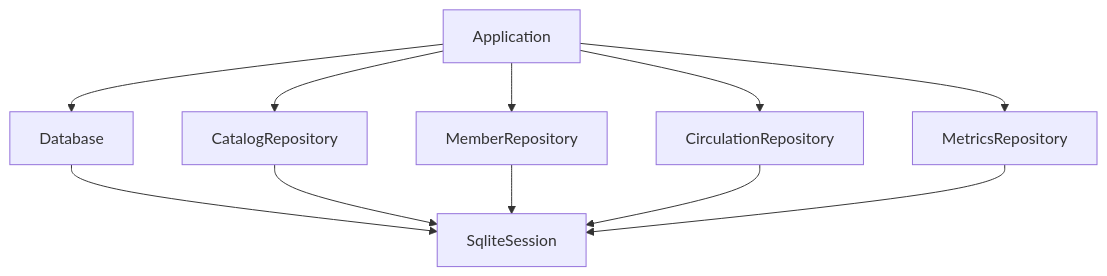
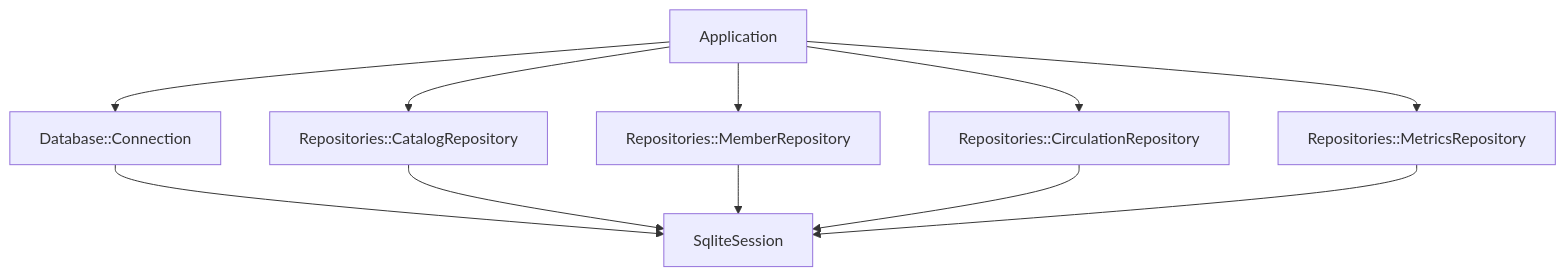
One commit to medaminben/VLMS changed the third of 27 diagrams in docs/architecture/beta-uml.md. Above: the diagram before and after it, drawn with Mermaid. The commit also changed other lines of this file, not shown here.

Commit message:
Refresh the Beta UML for the library split and schema 7.

````diff
--- a/docs/architecture/beta-uml.md
+++ b/docs/architecture/beta-uml.md
@@ -78,14 +96,14 @@
 ```mermaid
 flowchart TD
     App[Application]
-    App --> DB[Database]
+    App --> DB[Database::Connection]
     DB --> Sess[SqliteSession]
-    App --> Cat[CatalogRepository]
-    App --> Mem[MemberRepository]
-    App --> Cir[CirculationRepository]
-    App --> Met[MetricsRepository]
+    App --> Cat[Repositories::CatalogRepository]
+    App --> Mem[Repositories::MemberRepository]
+    App --> Cir[Repositories::CirculationRepository]
+    App --> Met[Repositories::MetricsRepository]
     Cat --> Sess
     Mem --> Sess
     Cir --> Sess
     Met --> Sess
 ```
````
